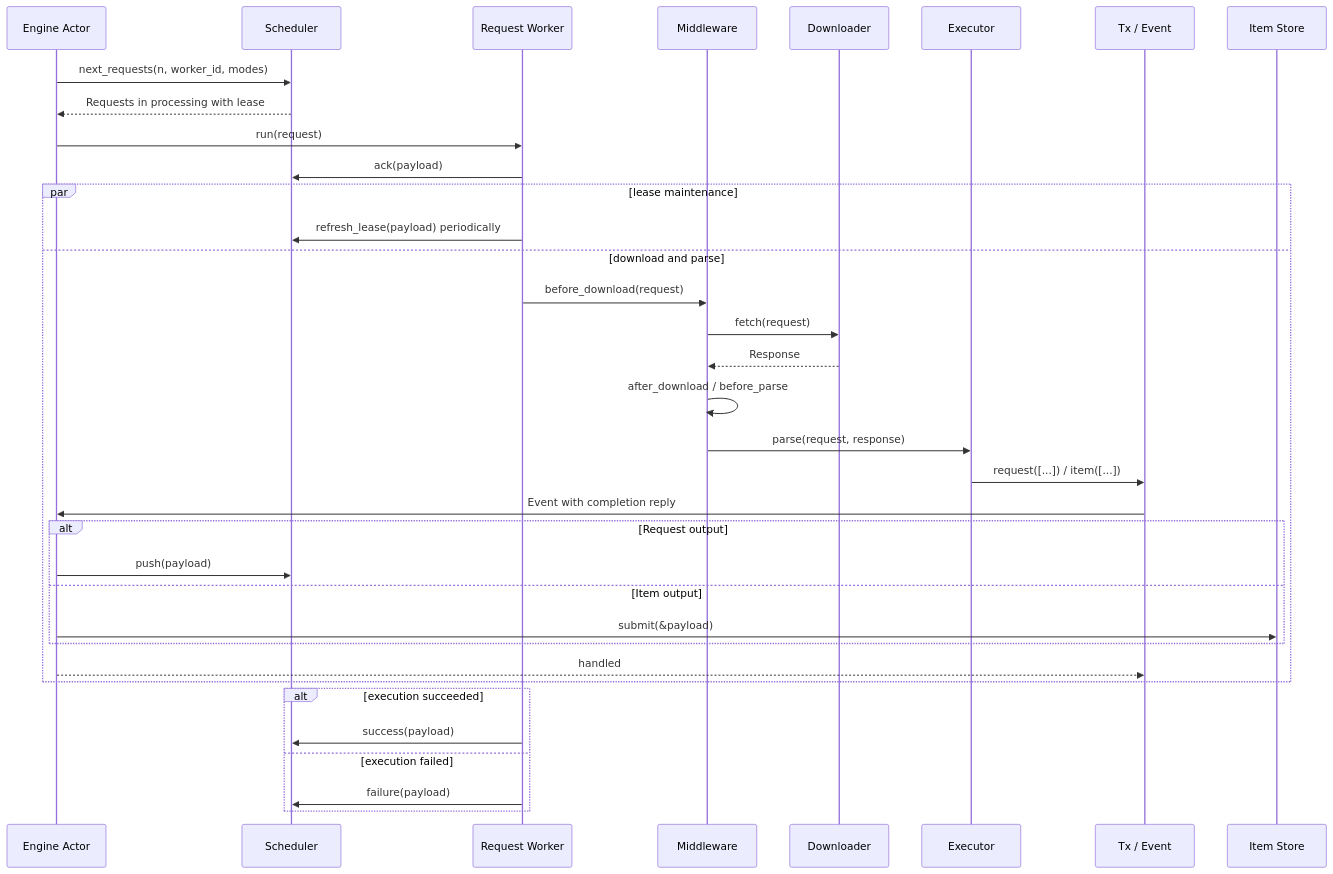
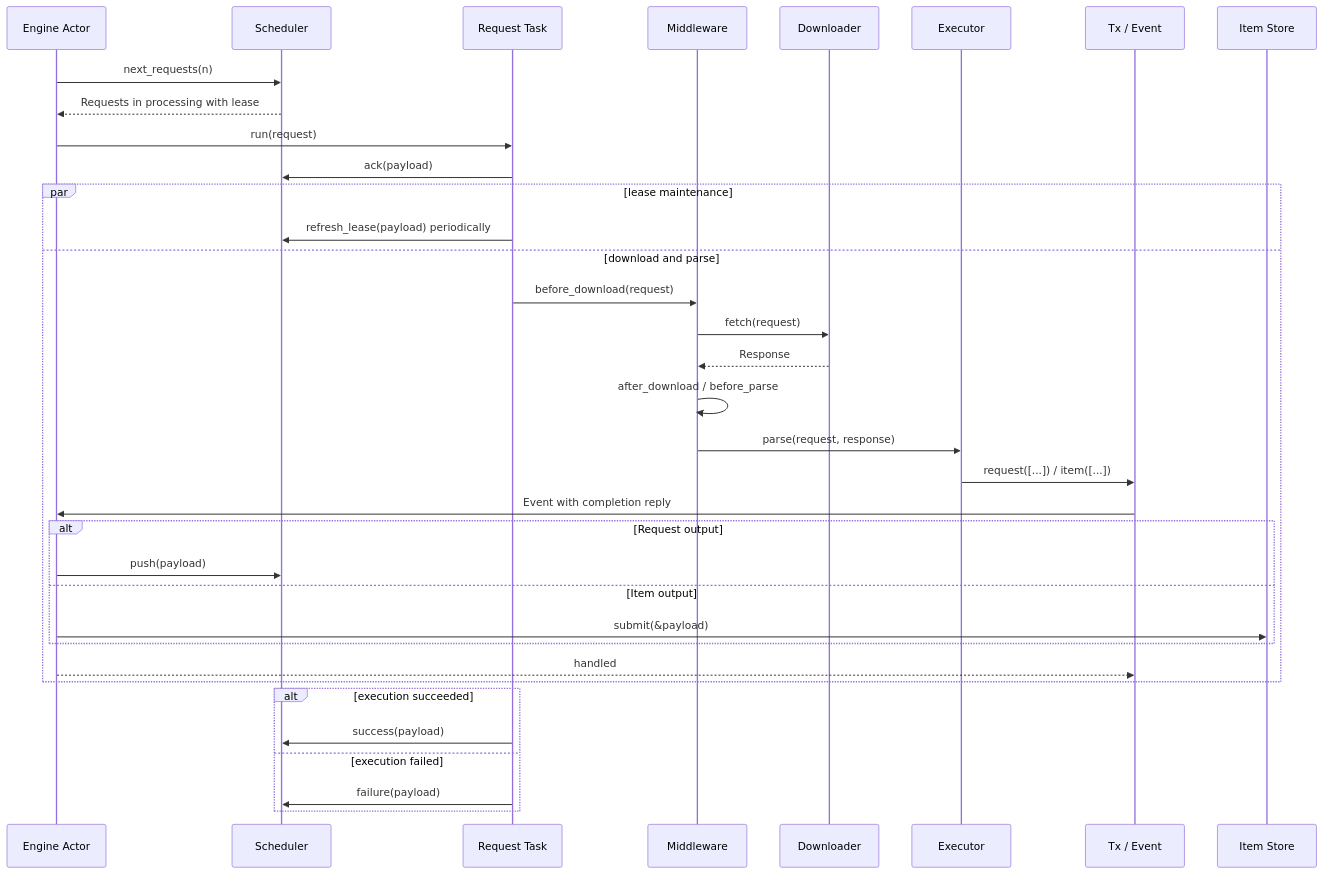
Before and after one commit to halo-space/crawler: the fifth of 5 diagrams in docs/architecture.md, drawn with Mermaid. The commit also changed other lines of this file and 104 other files, not shown here.

````diff
--- a/docs/architecture.md
+++ b/docs/architecture.md
@@ -417,38 +488,38 @@
 ```mermaid
 sequenceDiagram
     participant A as Engine Actor
     participant S as Scheduler
-    participant W as Request Worker
+    participant W as Request Task
     participant M as Middleware
     participant D as Downloader
     participant E as Executor
     participant T as Tx / Event
     participant I as Item Store
 
-    A->>S: next_requests(n, worker_id, modes)
+    A->>S: next_requests(n)
     S-->>A: Requests in processing with lease
     A->>W: run(request)
     W->>S: ack(payload)
     par lease maintenance
         W->>S: refresh_lease(payload) periodically
     and download and parse
         W->>M: before_download(request)
         M->>D: fetch(request)
         D-->>M: Response
         M->>M: after_download / before_parse
         M->>E: parse(request, response)
         E->>T: request([...]) / item([...])
         T->>A: Event with completion reply
         alt Request output
             A->>S: push(payload)
         else Item output
             A->>I: submit(&payload)
         end
         A-->>T: handled
     end
     alt execution succeeded
         W->>S: success(payload)
     else execution failed
         W->>S: failure(payload)
     end
 ```
````
